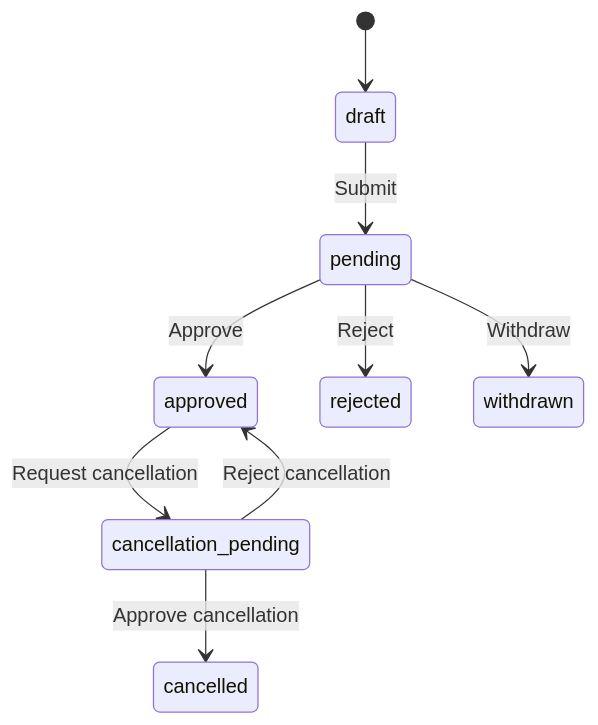
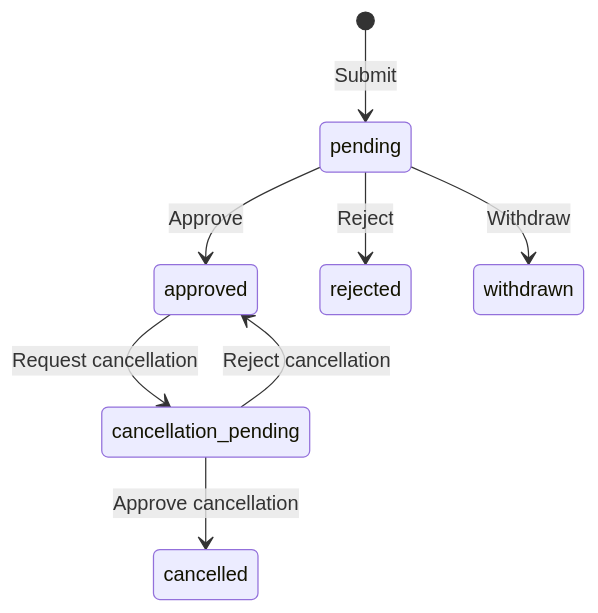
The third of 4 diagrams in docs/04-design/USER-FLOWS.md (MisbahKhan0009/HRM-Plaatform), drawn with Mermaid before and after one commit. The commit also changed other lines of this file and 33 other files, not shown here.

````diff
--- a/docs/04-design/USER-FLOWS.md
+++ b/docs/04-design/USER-FLOWS.md
@@ -134,11 +148,10 @@
 ```mermaid
 stateDiagram-v2
-  [*] --> draft
-  draft --> pending: Submit
+  [*] --> pending: Submit
   pending --> approved: Approve
   pending --> rejected: Reject
   pending --> withdrawn: Withdraw
   approved --> cancellation_pending: Request cancellation
   cancellation_pending --> cancelled: Approve cancellation
   cancellation_pending --> approved: Reject cancellation
 ```
````
